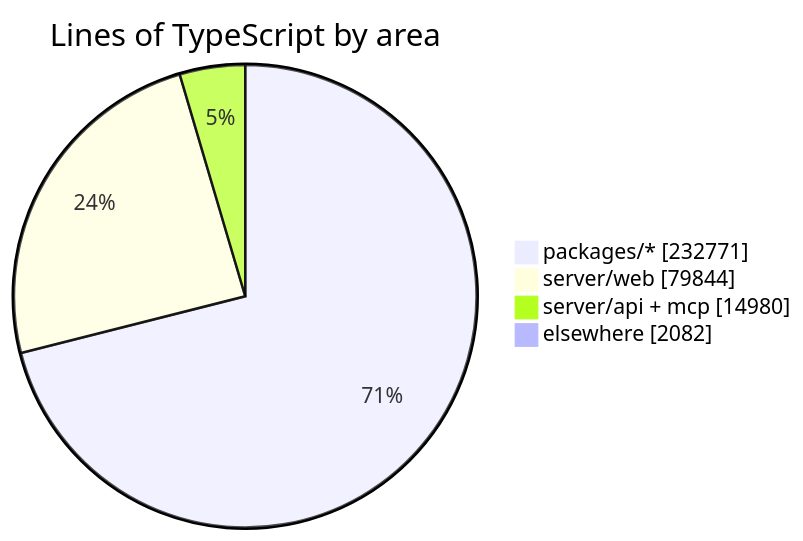
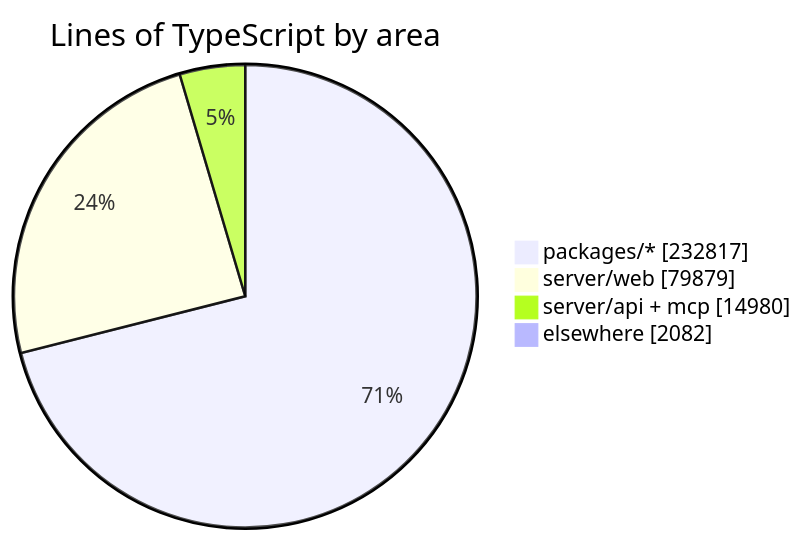
One commit to crossworks-engineering/mantle changed the diagram in README.md. Above: the diagram before and after it, drawn with Mermaid. The commit also changed other lines of this file and 2 other files, not shown here.

````diff
--- a/README.md
+++ b/README.md
@@ -287,7 +287,7 @@
 ```mermaid
 pie showData title Lines of TypeScript by area
-    "packages/*" : 232771
-    "server/web" : 79844
+    "packages/*" : 232817
+    "server/web" : 79879
     "server/api + mcp" : 14980
     "elsewhere" : 2082
 ```
````
